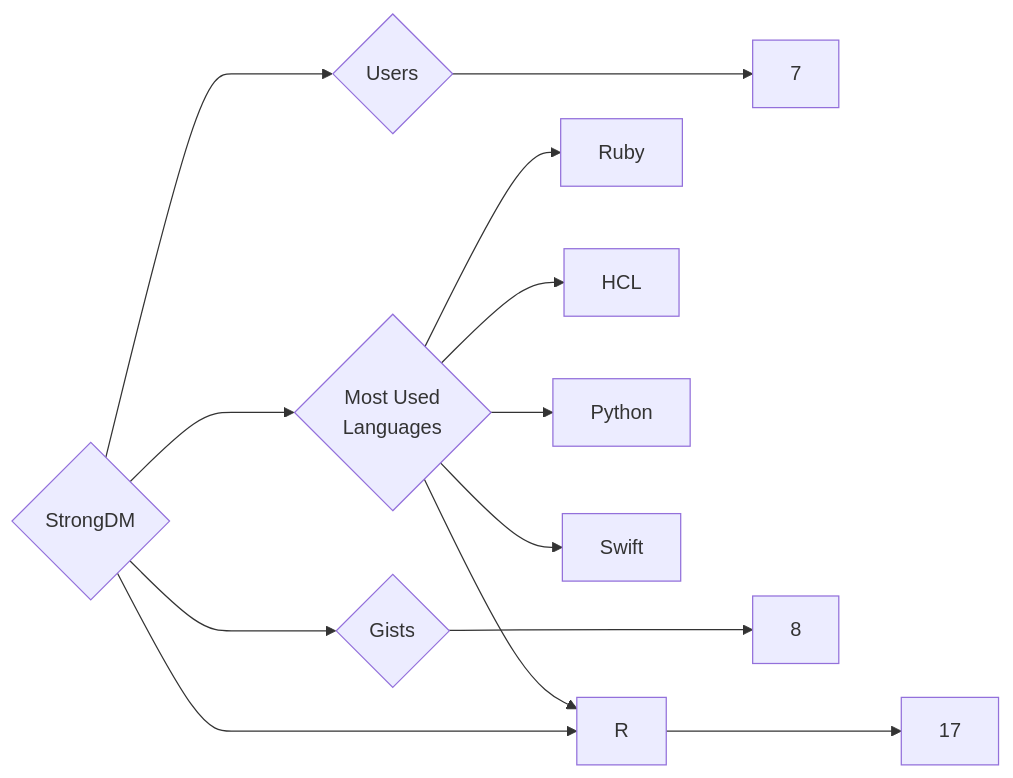
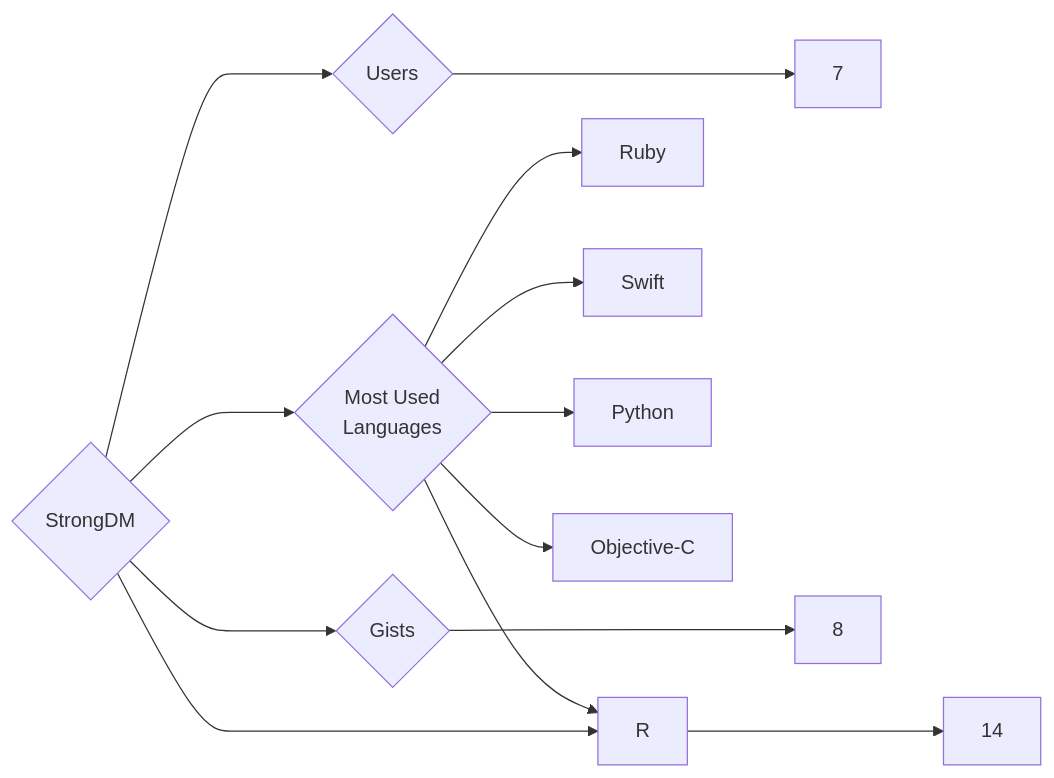
One commit to trickest/insiders changed the diagram in targets/StrongDM/README.md. Above: the diagram before and after it, drawn with Mermaid. The commit also changed 1389 other files, not shown here.

````diff
--- a/targets/StrongDM/README.md
+++ b/targets/StrongDM/README.md
@@ -3,13 +3,13 @@
 ```mermaid
 graph LR
 COMPANY_NAME{StrongDM}
 COMPANY_NAME ---> U{Users} ---> UN[7]
-COMPANY_NAME ---> R{Repositories} ---> RN[17]
+COMPANY_NAME ---> R{Repositories} ---> RN[14]
 COMPANY_NAME ---> G{Gists} ---> GN[8]
 COMPANY_NAME ---> ML{Most Used<br>Languages}
 ML --> Ruby[Ruby]
-ML --> HCL[HCL]
+ML --> R[R]
+ML --> Swift[Swift]
 ML --> Python[Python]
-ML --> Swift[Swift]
-ML --> R[R]
+ML --> Objective-C[Objective-C]
 ```
````
